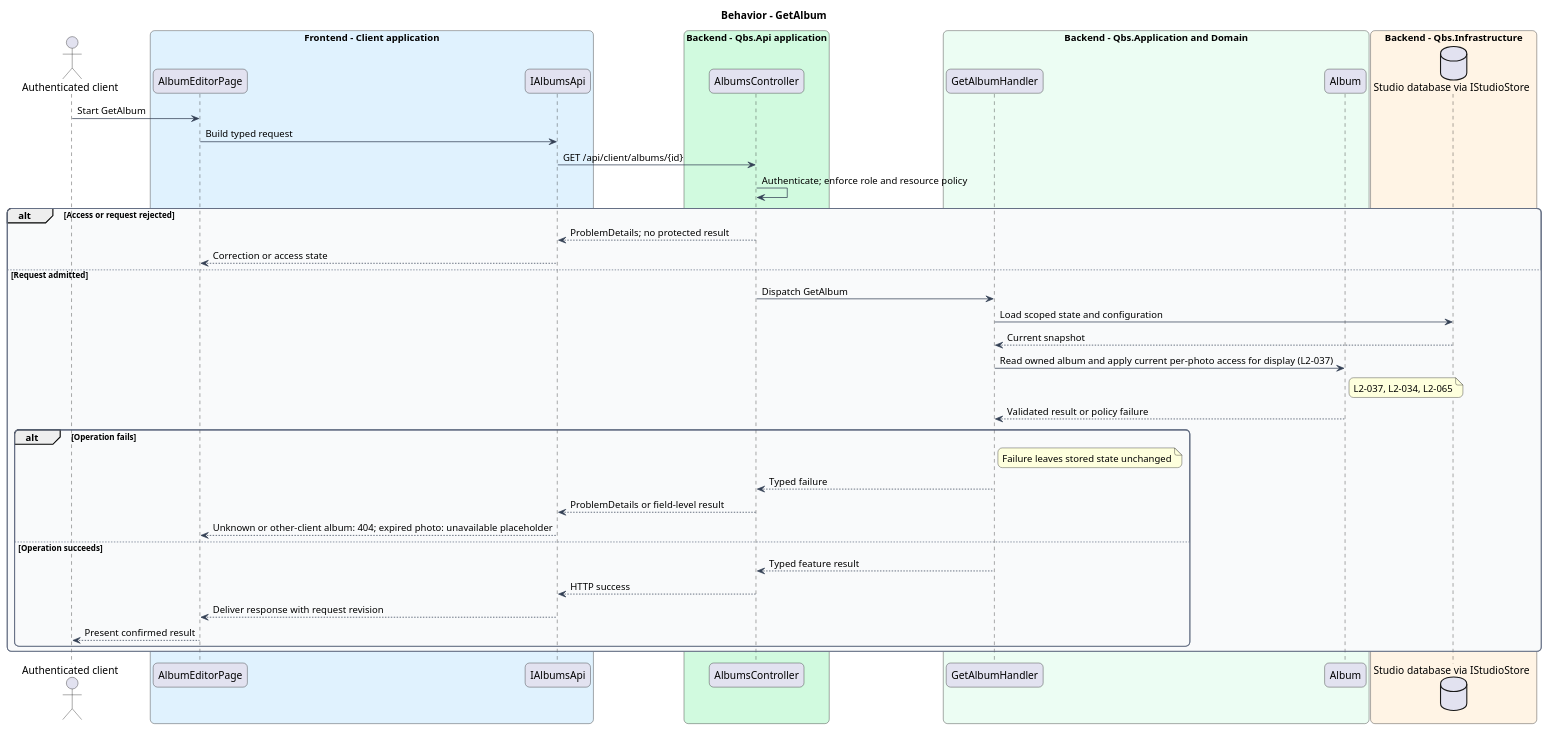
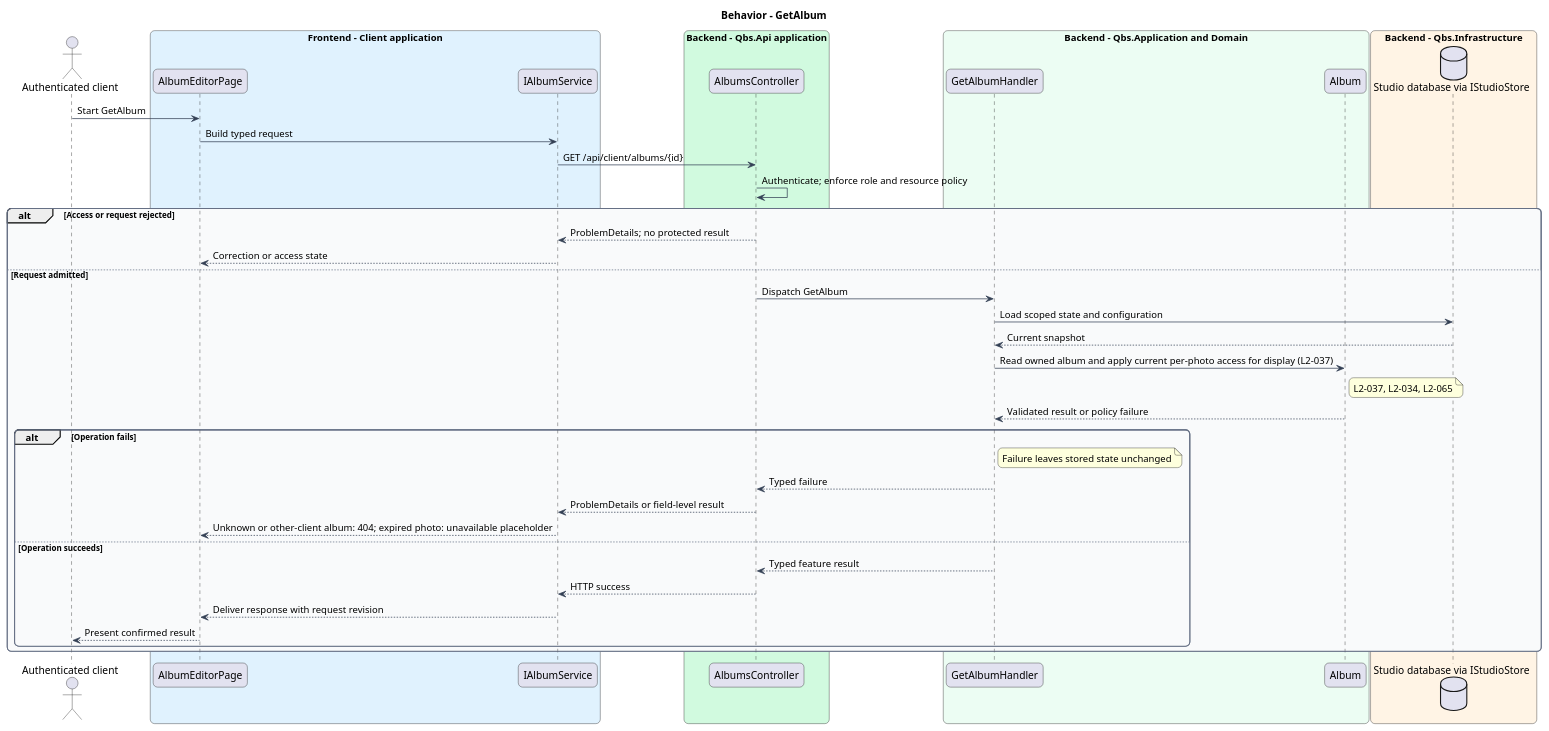
Before and after one commit to QuinntyneBrown/quinntyne-brown-studio: the diagram in docs/detailed-designs/prints-and-albums/create-and-edit-albums/diagrams/sequence-get-album.puml, drawn with PlantUML. The commit also changed 236 other files, not shown here.

```diff
--- a/docs/detailed-designs/prints-and-albums/create-and-edit-albums/diagrams/sequence-get-album.puml
+++ b/docs/detailed-designs/prints-and-albums/create-and-edit-albums/diagrams/sequence-get-album.puml
@@ -1,60 +1,60 @@
 @startuml
 skinparam backgroundColor #FFFFFF
 skinparam shadowing false
 skinparam roundcorner 12
 skinparam defaultFontName Arial
 skinparam ArrowColor #344054
 skinparam rectangle {
   BorderColor #344054
   FontColor #101828
 }
 skinparam package {
   BorderColor #667085
   FontColor #101828
   BackgroundColor #F9FAFB
 }
 title Behavior - GetAlbum
 actor "Authenticated client" as actor
 box "Frontend - Client application" #E0F2FE
  participant "AlbumEditorPage" as page
- participant "IAlbumsApi" as client
+ participant "IAlbumService" as client
 end box
 box "Backend - Qbs.Api application" #D1FADF
  participant "AlbumsController" as controller
 end box
 box "Backend - Qbs.Application and Domain" #ECFDF3
  participant "GetAlbumHandler" as handler
  participant "Album" as entity
 end box
 box "Backend - Qbs.Infrastructure" #FFF4E5
  database "Studio database via IStudioStore" as db
 end box
 actor -> page : Start GetAlbum
 page -> client : Build typed request
 client -> controller : GET /api/client/albums/{id}
 controller -> controller : Authenticate; enforce role and resource policy
 alt Access or request rejected
 controller --> client : ProblemDetails; no protected result
 client --> page : Correction or access state
 else Request admitted
 controller -> handler : Dispatch GetAlbum
 handler -> db : Load scoped state and configuration
 db --> handler : Current snapshot
 handler -> entity : Read owned album and apply current per-photo access for display (L2-037)
 note right of entity
 L2-037, L2-034, L2-065
 end note
 entity --> handler : Validated result or policy failure
 alt Operation fails
 note right of handler : Failure leaves stored state unchanged
 handler --> controller : Typed failure
 controller --> client : ProblemDetails or field-level result
 client --> page : Unknown or other-client album: 404; expired photo: unavailable placeholder
 else Operation succeeds
 handler --> controller : Typed feature result
 controller --> client : HTTP success
 client --> page : Deliver response with request revision
 page --> actor : Present confirmed result
 end
 end
 @enduml
```
